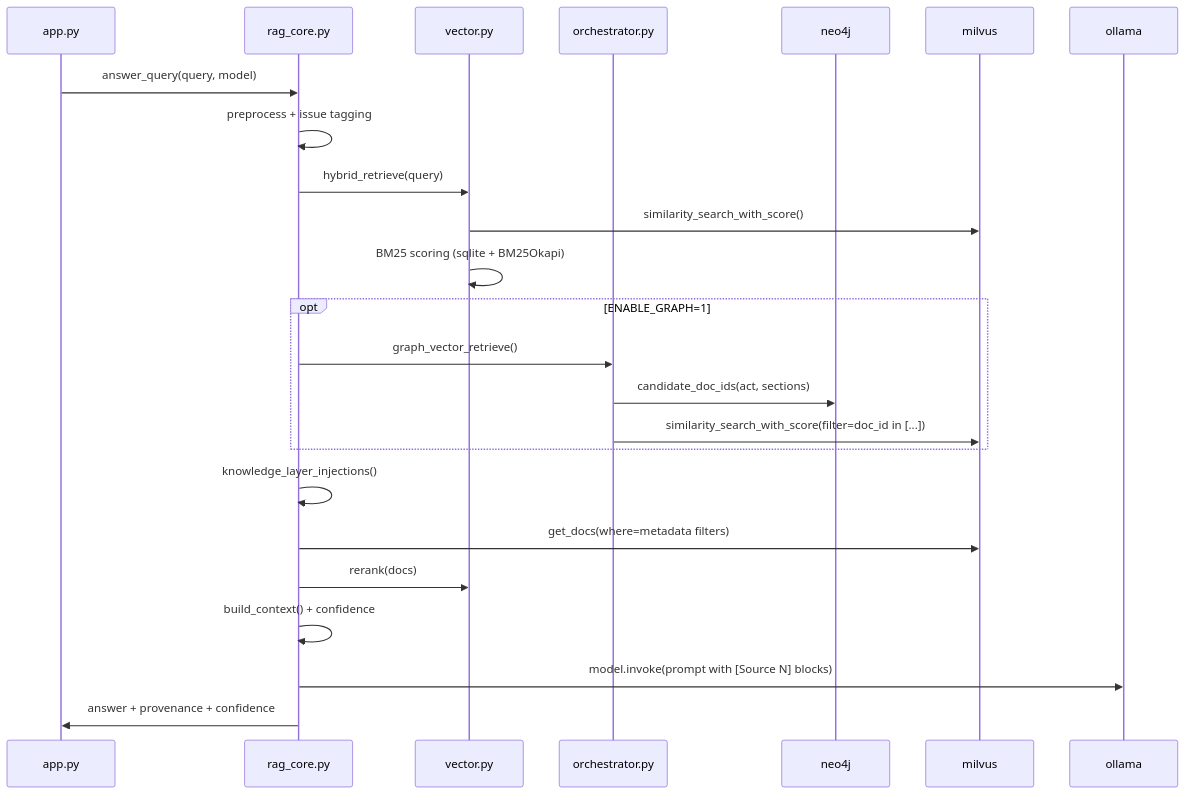
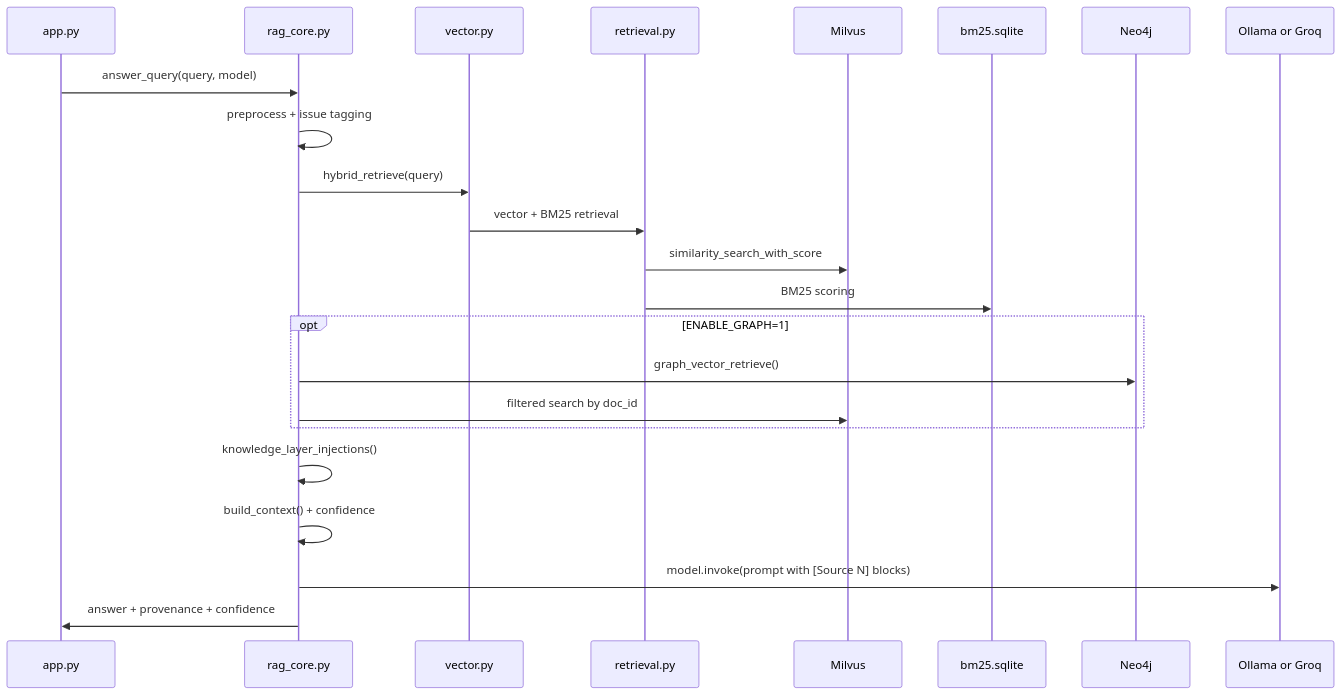
The third of 13 diagrams in README.md (lakshay-2404/LegalAid-AI-Agent), drawn with Mermaid before and after one commit. The commit also changed other lines of this file and 28 other files, not shown here.

````diff
--- a/README.md
+++ b/README.md
@@ -112,27 +164,26 @@
 ```mermaid
 sequenceDiagram
   participant UI as app.py
   participant RC as rag_core.py
   participant V as vector.py
-  participant O as orchestrator.py
-  participant G as neo4j
-  participant MV as milvus
-  participant LLM as ollama
+  participant R as retrieval.py
+  participant MV as Milvus
+  participant BM as bm25.sqlite
+  participant GS as Neo4j
+  participant LLM as Ollama or Groq
 
   UI->>RC: answer_query(query, model)
   RC->>RC: preprocess + issue tagging
   RC->>V: hybrid_retrieve(query)
-  V->>MV: similarity_search_with_score()
-  V->>V: BM25 scoring (sqlite + BM25Okapi)
+  V->>R: vector + BM25 retrieval
+  R->>MV: similarity_search_with_score
+  R->>BM: BM25 scoring
   opt ENABLE_GRAPH=1
-    RC->>O: graph_vector_retrieve()
-    O->>G: candidate_doc_ids(act, sections)
-    O->>MV: similarity_search_with_score(filter=doc_id in [...])
+    RC->>GS: graph_vector_retrieve()
+    RC->>MV: filtered search by doc_id
   end
   RC->>RC: knowledge_layer_injections()
-  RC->>MV: get_docs(where=metadata filters)
-  RC->>V: rerank(docs)
   RC->>RC: build_context() + confidence
   RC->>LLM: model.invoke(prompt with [Source N] blocks)
   RC->>UI: answer + provenance + confidence
 ```
````
